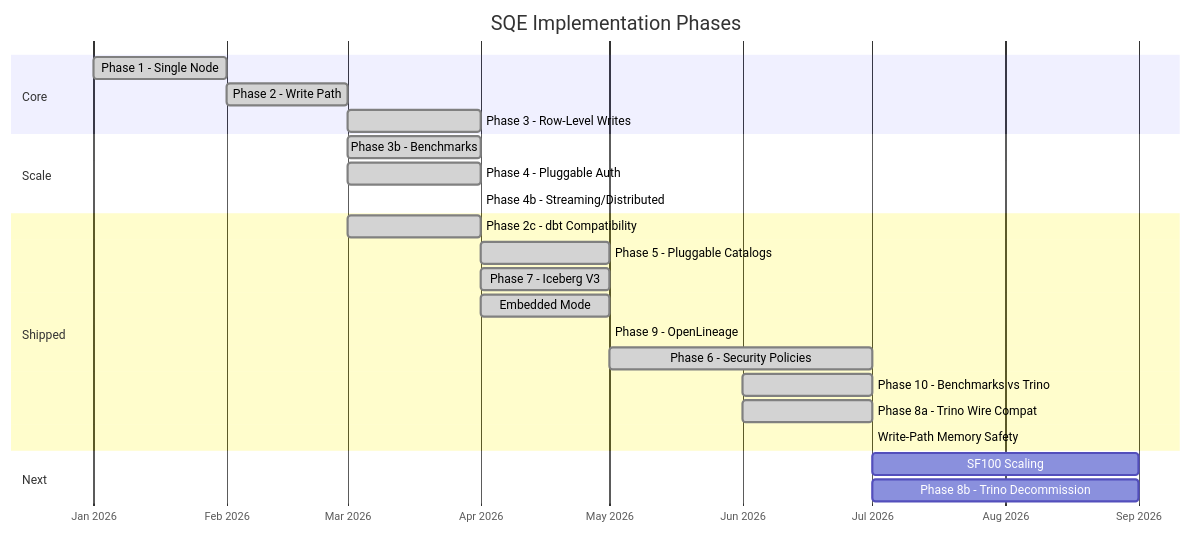
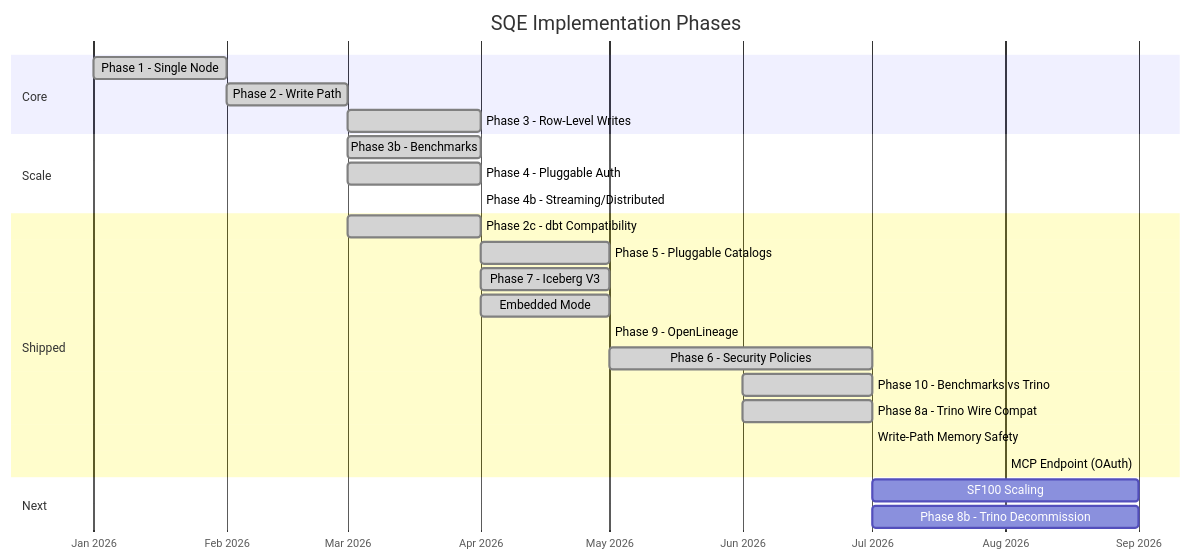
Before and after one commit to schubergphilis/sqe: the first of 3 diagrams in docs/site/book/src/development/roadmap.md, drawn with Mermaid. The commit also changed other lines of this file and 48 other files, not shown here.

````diff
--- a/docs/site/book/src/development/roadmap.md
+++ b/docs/site/book/src/development/roadmap.md
@@ -7,31 +7,32 @@
 ```mermaid
 gantt
     title SQE Implementation Phases
     dateFormat YYYY-MM
     axisFormat %b %Y
 
     section Core
     Phase 1 - Single Node        :done, p1, 2026-01, 2026-02
     Phase 2 - Write Path         :done, p2, 2026-02, 2026-03
     Phase 3 - Row-Level Writes   :done, p3, 2026-03, 2026-04
 
     section Scale
     Phase 3b - Benchmarks        :done, p3b, 2026-03, 2026-04
     Phase 4 - Pluggable Auth     :done, p4, 2026-03, 2026-04
     Phase 4b - Streaming/Distributed :done, p4b, 2026-04, 2026-04
 
     section Shipped
     Phase 2c - dbt Compatibility :done, p2c, 2026-03, 2026-04
     Phase 5 - Pluggable Catalogs :done, p5, 2026-04, 2026-05
     Phase 7 - Iceberg V3         :done, p7, 2026-04, 2026-05
     Embedded Mode                :done, emb, 2026-04, 2026-05
     Phase 9 - OpenLineage        :done, p9, 2026-05, 2026-05
     Phase 6 - Security Policies  :done, p6, 2026-05, 2026-07
     Phase 10 - Benchmarks vs Trino :done, p10, 2026-06, 2026-07
     Phase 8a - Trino Wire Compat :done, p8a, 2026-06, 2026-07
     Write-Path Memory Safety     :done, wms, 2026-07, 2026-07
+    MCP Endpoint (OAuth)         :done, mcp, 2026-08, 2026-08
 
     section Next
     SF100 Scaling                :sf100, 2026-07, 2026-09
     Phase 8b - Trino Decommission :p8b, 2026-07, 2026-09
 ```
````
